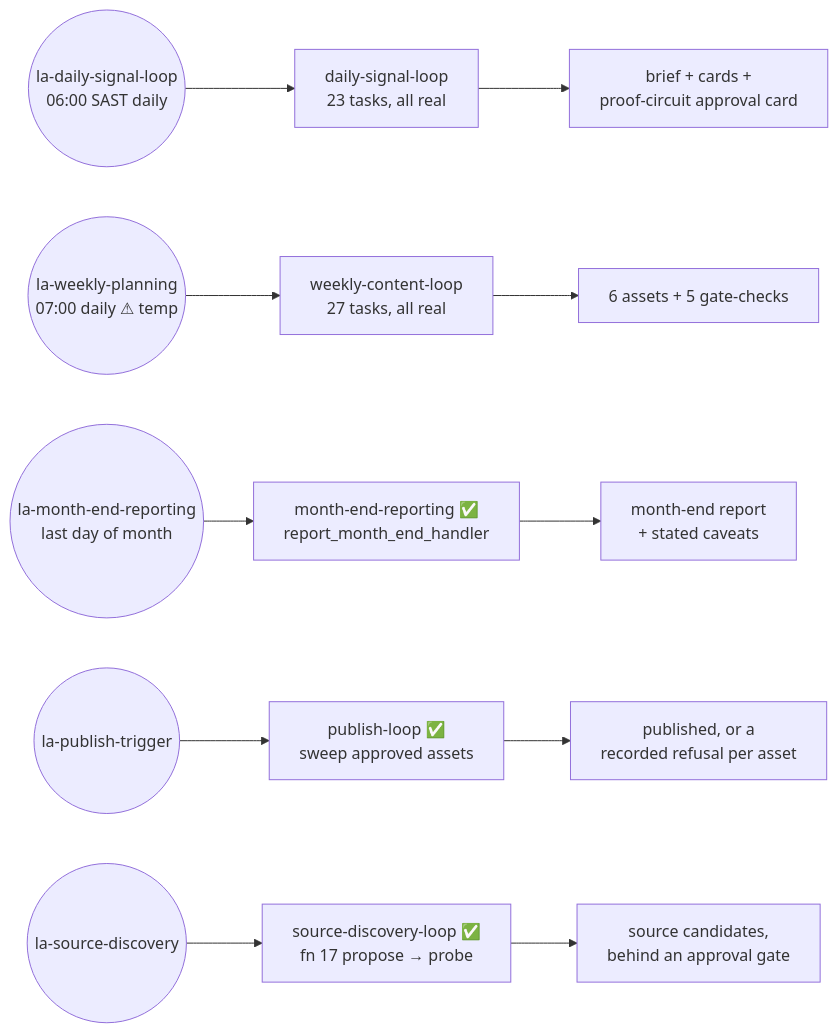
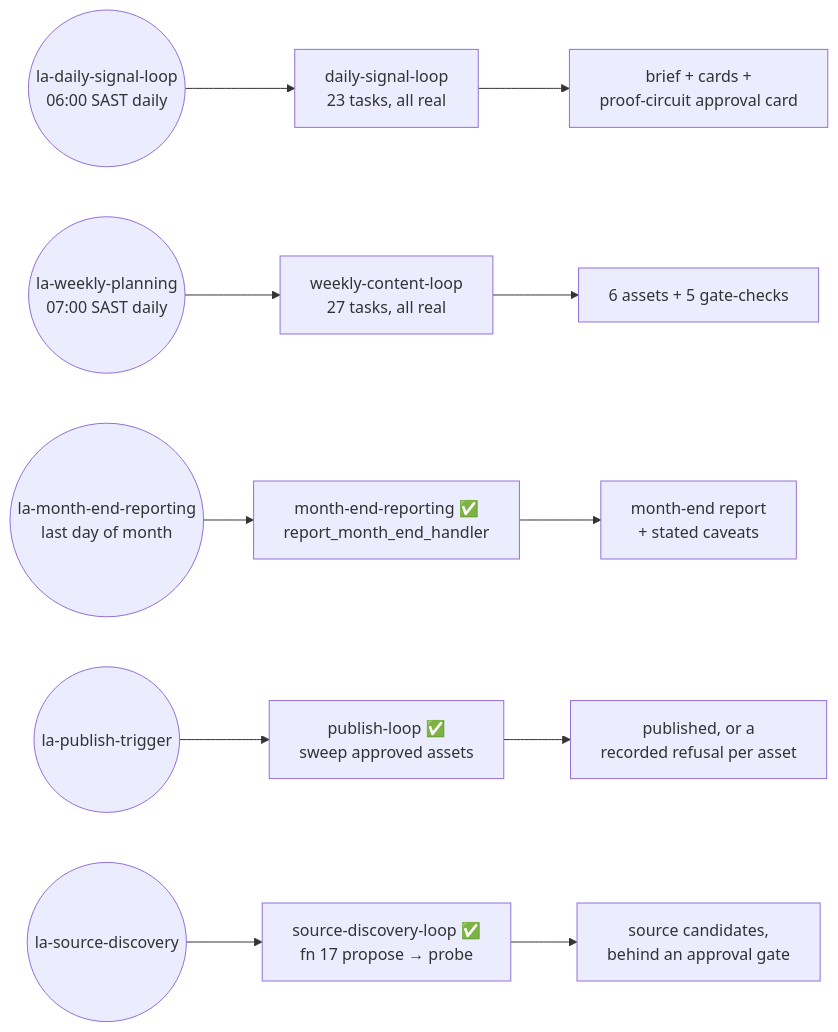
Before and after one commit to rooipiet-tech/Canvas-Marketing-OS: diagram 29 of 40 in docs/architecture/Comprehensive-System-Architecture-and-Process-Map.md, drawn with Mermaid. The commit also changed other lines of this file and 4 other files, not shown here.

````diff
--- a/docs/architecture/Comprehensive-System-Architecture-and-Process-Map.md
+++ b/docs/architecture/Comprehensive-System-Architecture-and-Process-Map.md
@@ -1482,8 +1484,8 @@
 ```mermaid
 flowchart LR
   T1((la-daily-signal-loop<br/>06:00 SAST daily)) --> P1[daily-signal-loop<br/>23 tasks, all real] --> O1[brief + cards +<br/>proof-circuit approval card]
-  T2((la-weekly-planning<br/>07:00 daily ⚠ temp)) --> P2[weekly-content-loop<br/>27 tasks, all real] --> O2[6 assets + 5 gate-checks]
+  T2((la-weekly-planning<br/>07:00 SAST daily)) --> P2[weekly-content-loop<br/>27 tasks, all real] --> O2[6 assets + 5 gate-checks]
   T3((la-month-end-reporting<br/>last day of month)) --> P3["month-end-reporting ✅<br/>report_month_end_handler"] --> O3[month-end report<br/>+ stated caveats]
   T6((la-publish-trigger)) --> P17["publish-loop ✅<br/>sweep approved assets"] --> O17[published, or a<br/>recorded refusal per asset]
   T7((la-source-discovery)) --> P18["source-discovery-loop ✅<br/>fn 17 propose → probe"] --> O18[source candidates,<br/>behind an approval gate]
 ```
````
